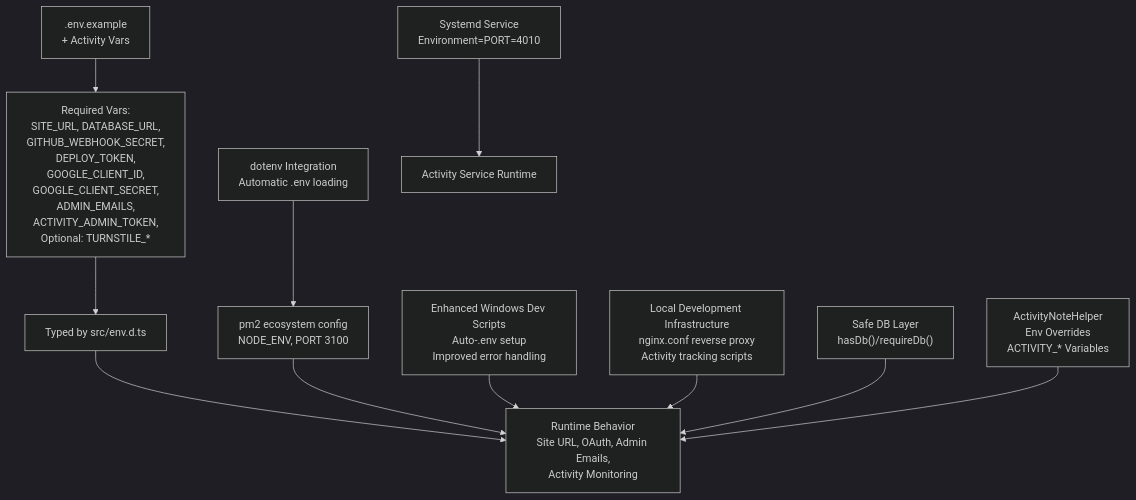
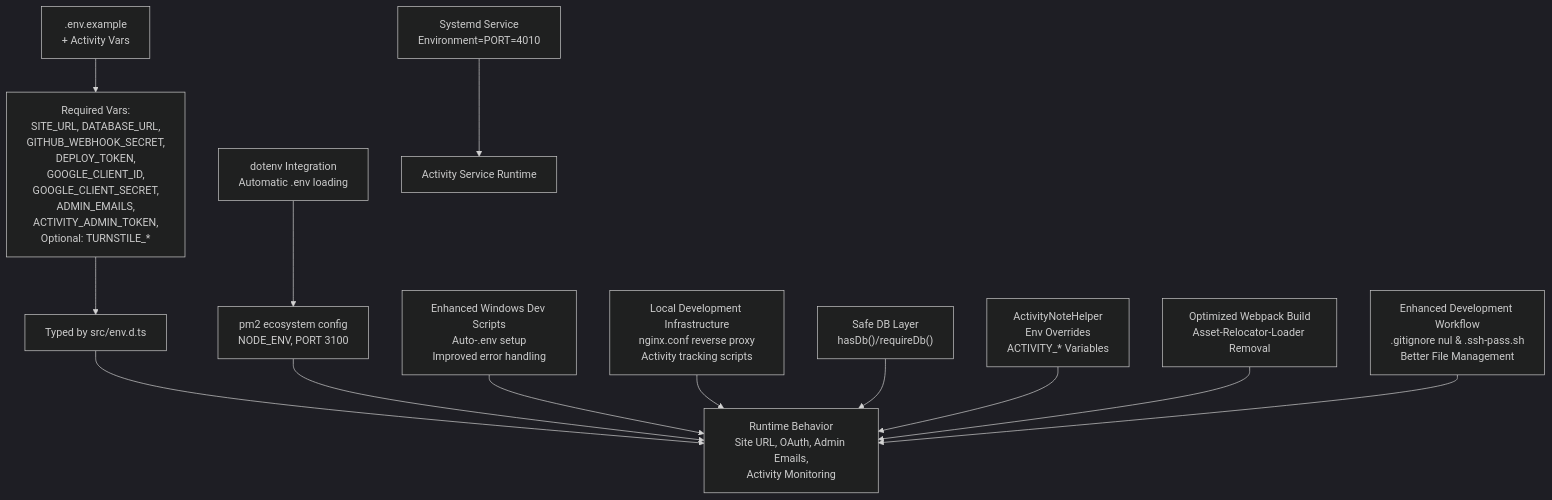
Diagram 12 of 17 in .qoder/repowiki/en/content/Build and Deployment.md (WizardJIOCb/rodion.pro), drawn with Mermaid (dark theme) before and after one commit. The commit also changed other lines of this file and 32 other files, not shown here.

````diff
--- a/.qoder/repowiki/en/content/Build and Deployment.md
+++ b/.qoder/repowiki/en/content/Build and Deployment.md
@@ -730,13 +761,15 @@
 ```mermaid
 flowchart TD
 EnvFile[".env.example<br/>+ Activity Vars"] --> Required["Required Vars:<br/>SITE_URL, DATABASE_URL,<br/>GITHUB_WEBHOOK_SECRET,<br/>DEPLOY_TOKEN,<br/>GOOGLE_CLIENT_ID,<br/>GOOGLE_CLIENT_SECRET,<br/>ADMIN_EMAILS,<br/>ACTIVITY_ADMIN_TOKEN,<br/>Optional: TURNSTILE_*"]
 Required --> Typed["Typed by src/env.d.ts"]
 Typed --> Runtime["Runtime Behavior<br/>Site URL, OAuth, Admin Emails,<br/>Activity Monitoring"]
 DotEnv["dotenv Integration<br/>Automatic .env loading"] --> Pm2Env["pm2 ecosystem config<br/>NODE_ENV, PORT 3100"]
 SysdEnv["Systemd Service<br/>Environment=PORT=4010"] --> ActRuntime["Activity Service Runtime"]
 Pm2Env --> Runtime
 DevScripts["Enhanced Windows Dev Scripts<br/>Auto-.env setup<br/>Improved error handling"] --> Runtime
 LocalInfra["Local Development Infrastructure<br/>nginx.conf reverse proxy<br/>Activity tracking scripts"] --> Runtime
 DBLayer["Safe DB Layer<br/>hasDb()/requireDb()"] --> Runtime
 NotesEnv["ActivityNoteHelper<br/>Env Overrides<br/>ACTIVITY_* Variables"] --> Runtime
+OptimizedBuild["Optimized Webpack Build<br/>Asset-Relocator-Loader Removal"] --> Runtime
+EnhancedWorkflow["Enhanced Development Workflow<br/>.gitignore nul & .ssh-pass.sh<br/>Better File Management"] --> Runtime
 ```
````
